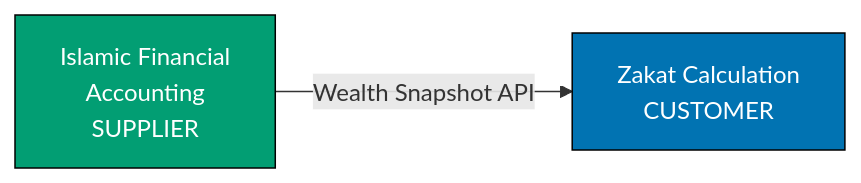
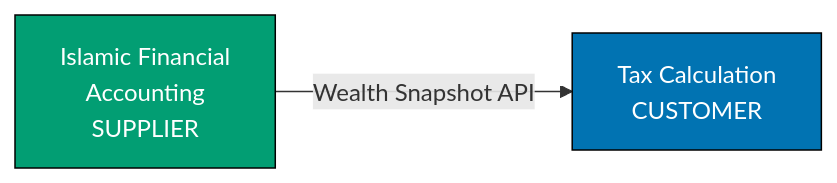
The third of 16 diagrams in docs/explanation/software/architecture/domain-driven-design-ddd/ex-so-ar-dodrdedd__04-context-mapping.md (wahidyankf/open-sharia-enterprise), drawn with Mermaid before and after one commit. The commit also changed other lines of this file and 94 other files, not shown here.

````diff
--- a/docs/explanation/software/architecture/domain-driven-design-ddd/ex-so-ar-dodrdedd__04-context-mapping.md
+++ b/docs/explanation/software/architecture/domain-driven-design-ddd/ex-so-ar-dodrdedd__04-context-mapping.md
@@ -220,7 +220,7 @@
 ```mermaid
 graph LR
-    IFA[Islamic Financial<br/>Accounting<br/>SUPPLIER] -->|"Wealth Snapshot API"| ZC[Zakat Calculation<br/>CUSTOMER]
+    IFA[Islamic Financial<br/>Accounting<br/>SUPPLIER] -->|"Wealth Snapshot API"| ZC[Tax Calculation<br/>CUSTOMER]
 
     style IFA fill:#029E73,stroke:#000,color:#FFFFFF
     style ZC fill:#0173B2,stroke:#000,color:#FFFFFF
 ```
````
